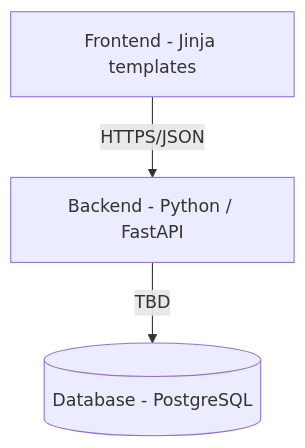
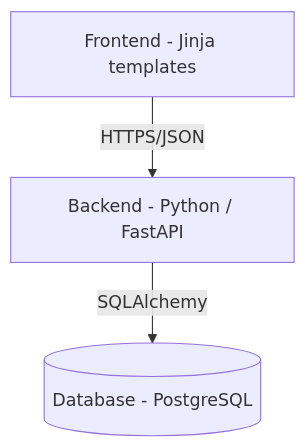
One commit to rutaji/loltracker changed the diagram in README.md. Above: the diagram before and after it, drawn with Mermaid. The commit also changed other lines of this file and 3 other files, not shown here.

````diff
--- a/README.md
+++ b/README.md
@@ -21,9 +21,9 @@
 ```mermaid
 flowchart TD
   UI[Frontend - Jinja templates]
   API[Backend - Python / FastAPI]
   DB[(Database - PostgreSQL)]
 
   UI -- HTTPS/JSON --> API
-  API -- TBD --> DB
+  API -- SQLAlchemy --> DB
 ```
````
